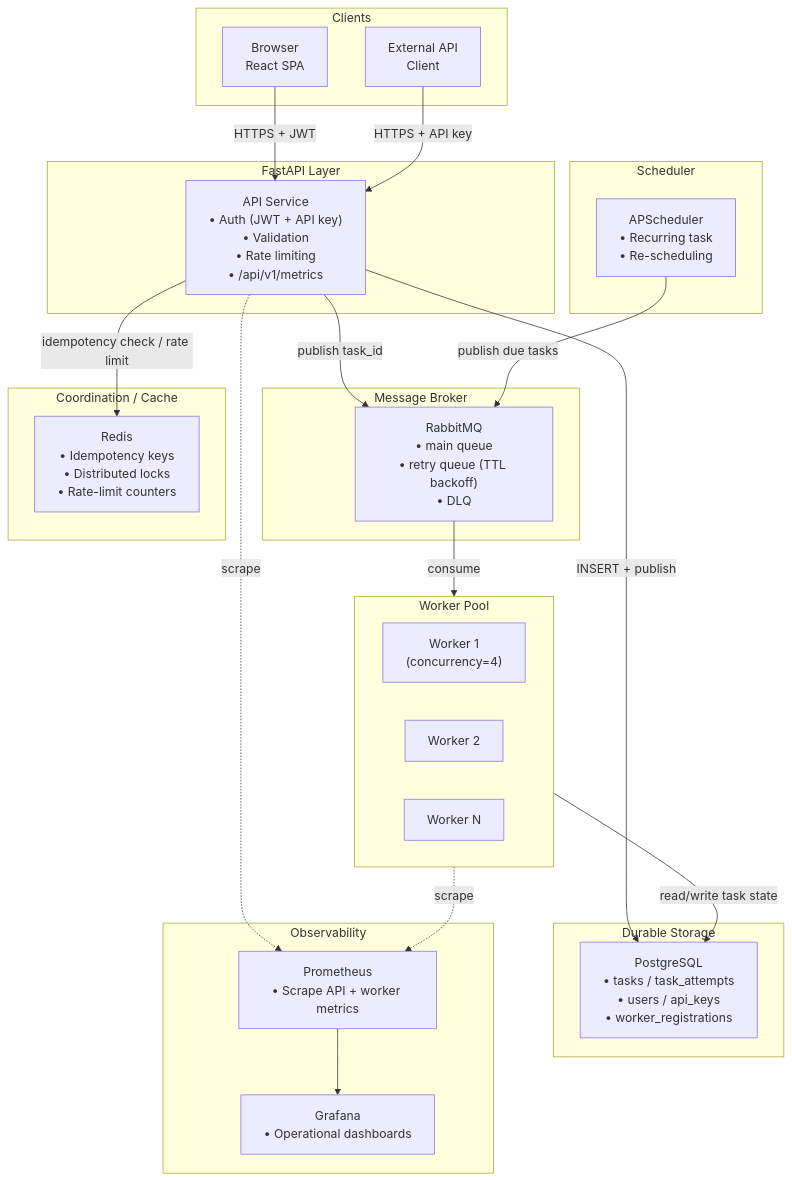
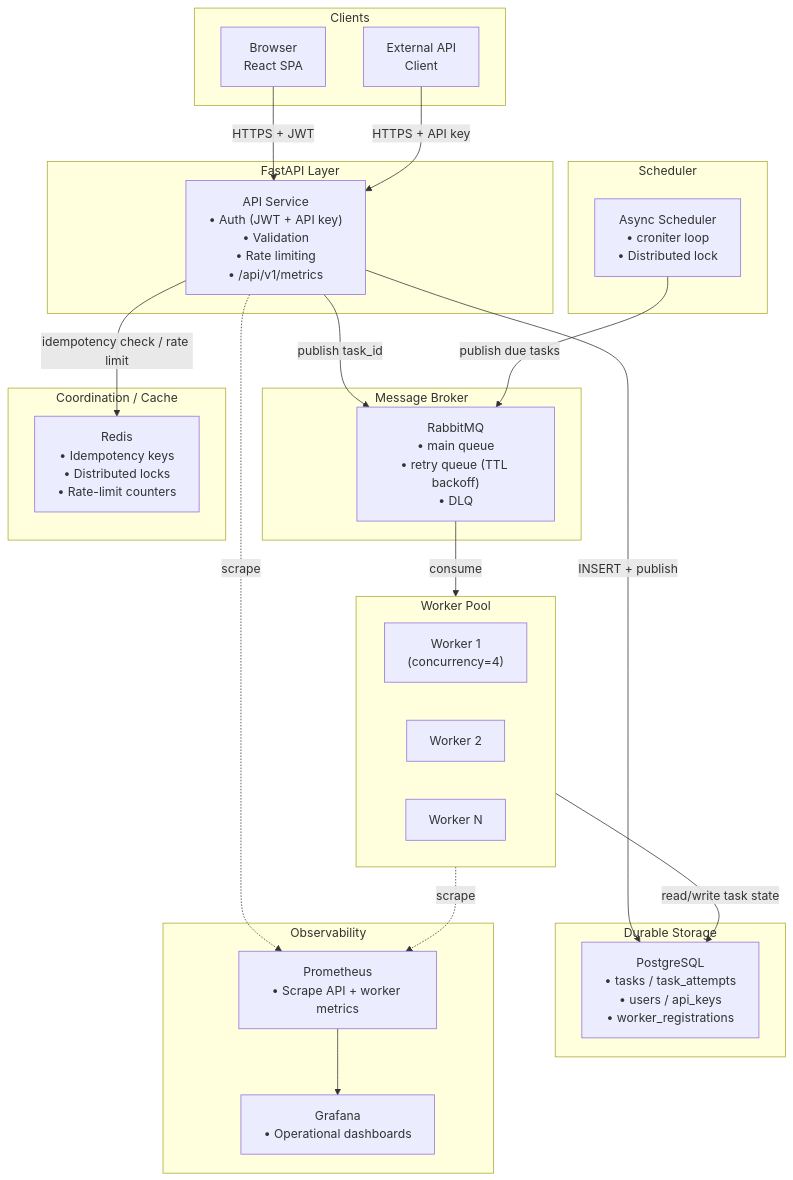
Before and after one commit to AJambla/TaskForge-Distributed-Task-Processing-Platform: the first of 3 diagrams in README.md, drawn with Mermaid. The commit also changed other lines of this file and 12 other files, not shown here.

````diff
--- a/README.md
+++ b/README.md
@@ -19,50 +19,50 @@
 ```mermaid
 flowchart TB
     subgraph client["Clients"]
         B["Browser\nReact SPA"]
         E["External API\nClient"]
     end
 
     subgraph api["FastAPI Layer"]
         API["API Service\n• Auth (JWT + API key)\n• Validation\n• Rate limiting\n• /api/v1/metrics"]
     end
 
     subgraph store["Durable Storage"]
         PG["PostgreSQL\n• tasks / task_attempts\n• users / api_keys\n• worker_registrations"]
     end
 
     subgraph broker["Message Broker"]
         RMQ["RabbitMQ\n• main queue\n• retry queue (TTL backoff)\n• DLQ"]
     end
 
     subgraph workers["Worker Pool"]
         W1["Worker 1\n(concurrency=4)"]
         W2["Worker 2"]
         WN["Worker N"]
     end
 
     subgraph coord["Coordination / Cache"]
         REDIS["Redis\n• Idempotency keys\n• Distributed locks\n• Rate-limit counters"]
     end
 
     subgraph sched["Scheduler"]
-        SCHED["APScheduler\n• Recurring task\n• Re-scheduling"]
+        SCHED["Async Scheduler\n• croniter loop\n• Distributed lock"]
     end
 
     subgraph observability["Observability"]
         PROM["Prometheus\n• Scrape API + worker metrics"]
         GRAF["Grafana\n• Operational dashboards"]
     end
 
     B -->|HTTPS + JWT| API
     E -->|HTTPS + API key| API
     API -->|INSERT + publish| PG
     API -->|publish task_id| RMQ
     RMQ -->|consume| workers
     workers -->|read/write task state| PG
     API -->|idempotency check / rate limit| REDIS
     SCHED -->|publish due tasks| RMQ
     API -.->|scrape| PROM
     workers -.->|scrape| PROM
     PROM --> GRAF
 ```
````
